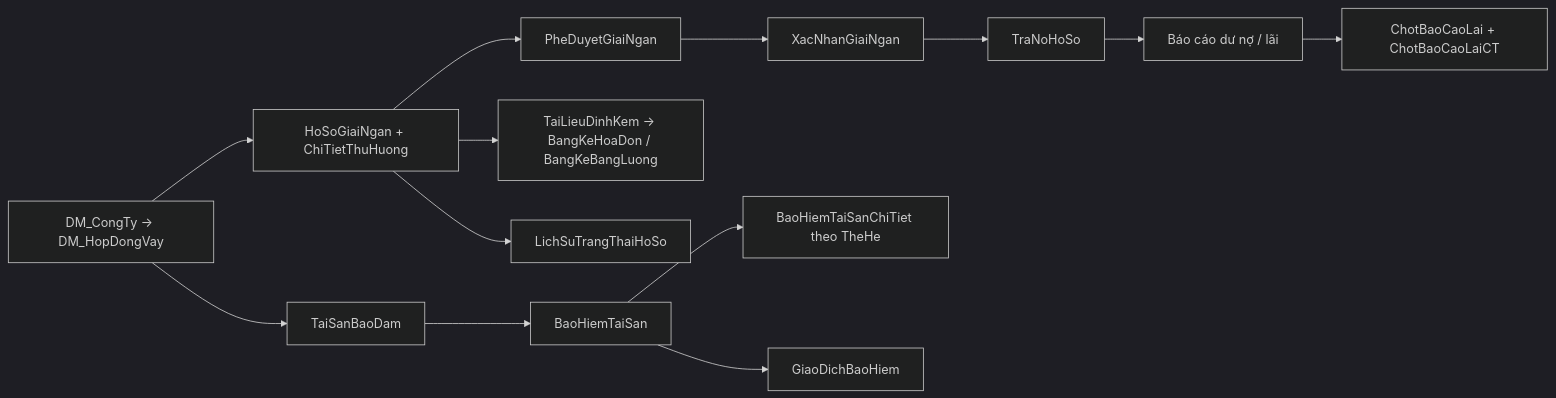
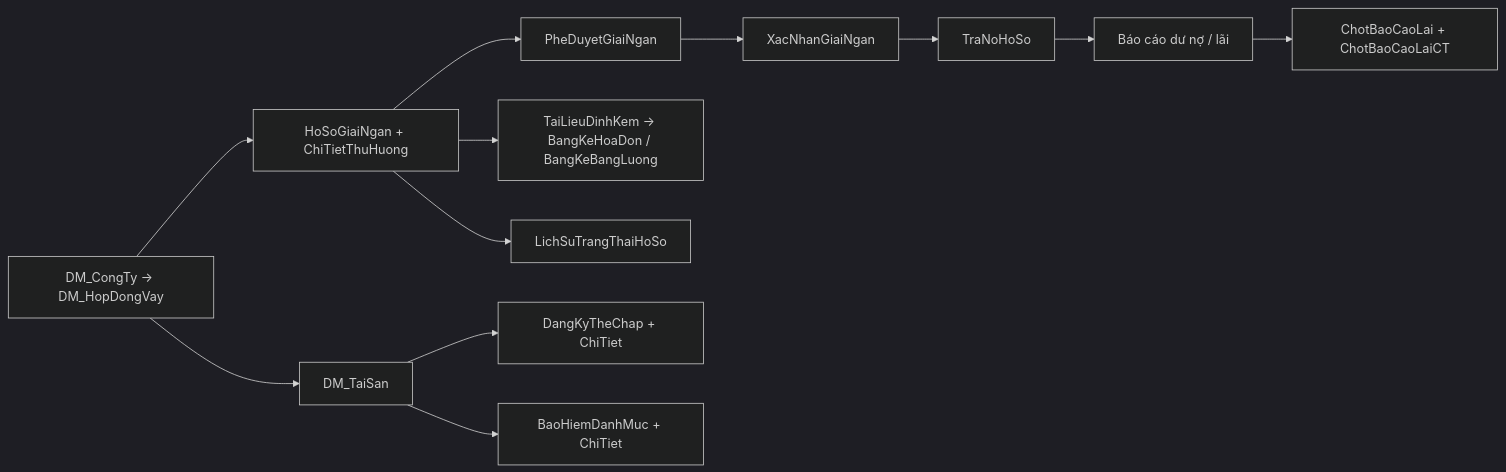
Before and after one commit to saoluucvhak-pixel/hosovay_hak: the second of 3 diagrams in LUONG_DU_LIEU.md, drawn with Mermaid (dark theme). The commit also changed other lines of this file and 52 other files, not shown here.

First line of the commit message:
Gỡ bảo hiểm tài sản kiểu cũ; làm lại Tổng quan và các màn theo danh mục mới; đồng bộ dữ liệu (#44)

````diff
--- a/LUONG_DU_LIEU.md
+++ b/LUONG_DU_LIEU.md
@@ -411,15 +361,14 @@
 ```mermaid
 flowchart LR
   DM[DM_CongTy → DM_HopDongVay] --> HS[HoSoGiaiNgan + ChiTietThuHuong]
   HS --> PD[PheDuyetGiaiNgan]
   PD --> XN[XacNhanGiaiNgan]
   XN --> TN[TraNoHoSo]
   HS --> TL[TaiLieuDinhKem → BangKeHoaDon / BangKeBangLuong]
   HS --> LS[LichSuTrangThaiHoSo]
-  DM --> TS[TaiSanBaoDam]
-  TS --> BH[BaoHiemTaiSan]
-  BH --> BHCT[BaoHiemTaiSanChiTiet theo TheHe]
-  BH --> GD[GiaoDichBaoHiem]
+  DM --> TS[DM_TaiSan]
+  TS --> DK[DangKyTheChap + ChiTiet]
+  TS --> BH[BaoHiemDanhMuc + ChiTiet]
   TN --> BC[Báo cáo dư nợ / lãi]
   BC --> CH[ChotBaoCaoLai + ChotBaoCaoLaiCT]
 ```
````
